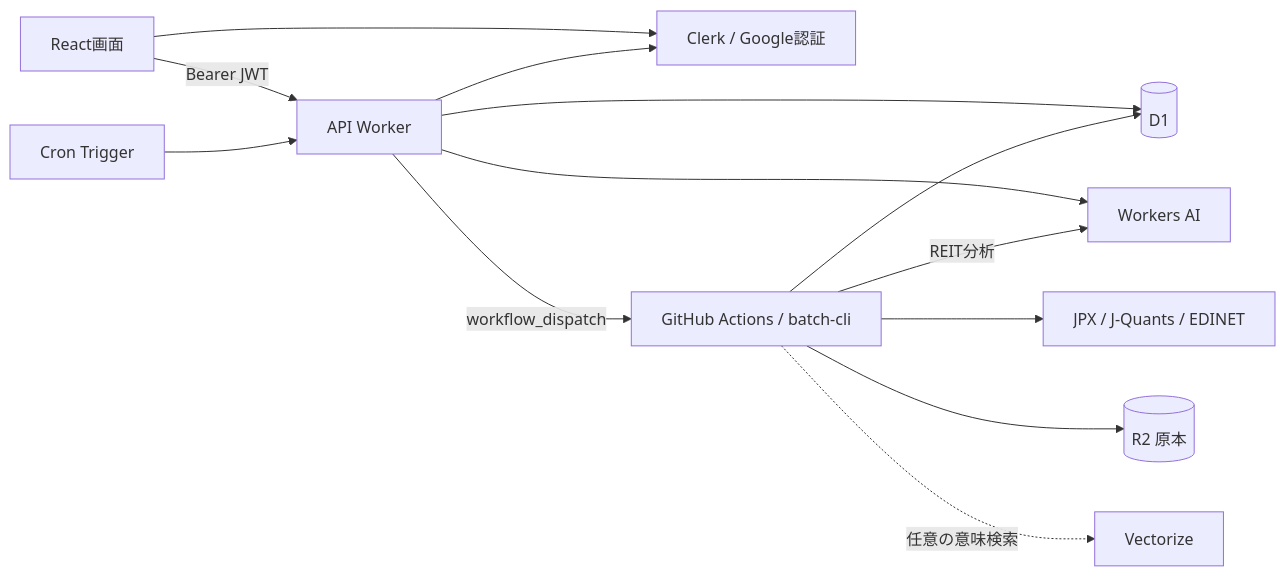
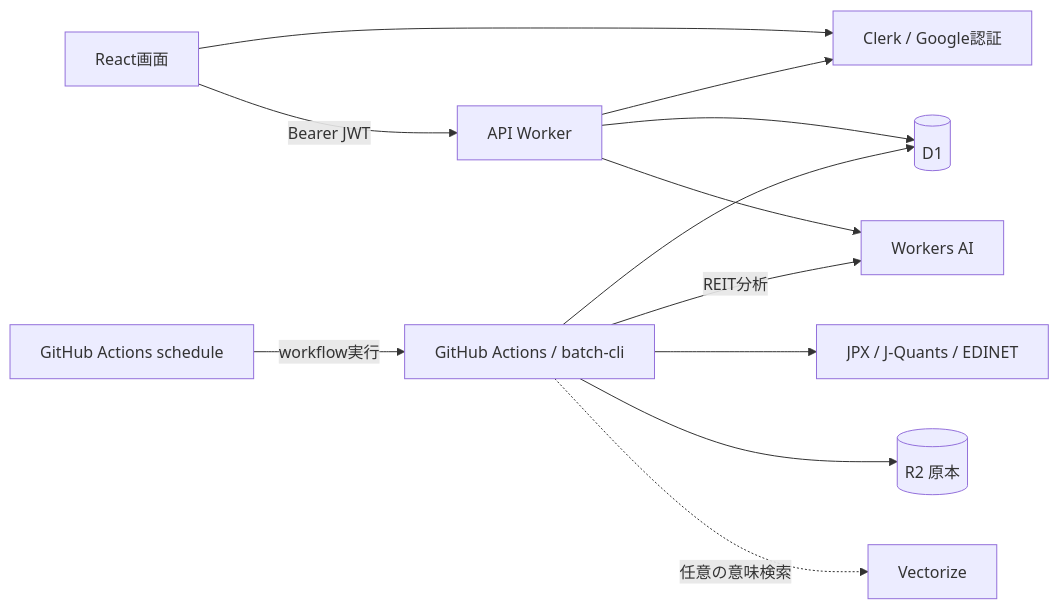
The diagram in docs/03_system_architecture.md (taaaaakahiro/stock-insight), drawn with Mermaid before and after one commit. The commit also changed other lines of this file and 9 other files, not shown here.

````diff
--- a/docs/03_system_architecture.md
+++ b/docs/03_system_architecture.md
@@ -3,15 +3,14 @@
 ```mermaid
 flowchart LR
   Browser[React画面] -->|Bearer JWT| Worker[API Worker]
   Browser --> Clerk[Clerk / Google認証]
   Worker --> Clerk
   Worker --> D1[(D1)]
   Worker --> AI[Workers AI]
-  Cron[Cron Trigger] --> Worker
-  Worker -->|workflow_dispatch| Actions[GitHub Actions / batch-cli]
+  GHA[GitHub Actions schedule] -->|workflow実行| Actions[GitHub Actions / batch-cli]
   Actions --> Sources[JPX / J-Quants / EDINET]
   Actions --> D1
   Actions --> R2[(R2 原本)]
   Actions -->|REIT分析| AI
   Actions -. 任意の意味検索 .-> Vectorize[Vectorize]
 ```
````
